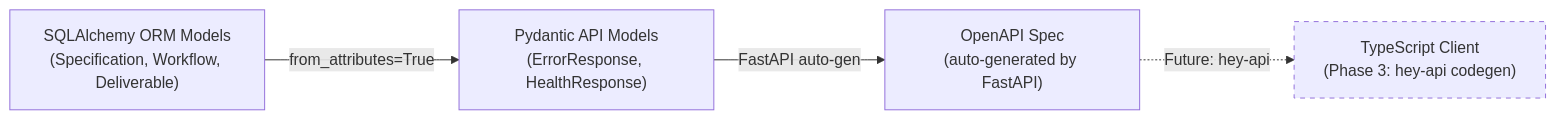
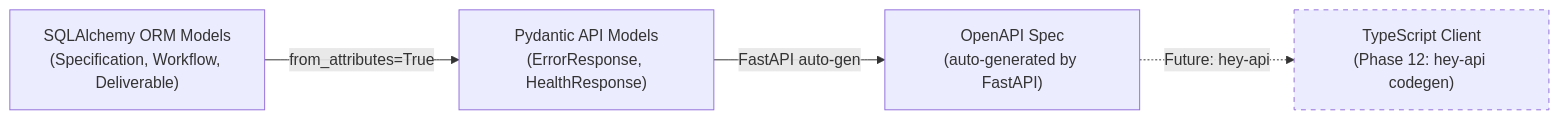
One commit to BechtelR/AutoBuilder changed the fifth of 8 diagrams in .dev/build-phase/phase-2/model.md. Above: the diagram before and after it, drawn with Mermaid. The commit also changed 24 other files, not shown here.

````diff
--- a/.dev/build-phase/phase-2/model.md
+++ b/.dev/build-phase/phase-2/model.md
@@ -412,13 +412,13 @@
 ```mermaid
 flowchart LR
     ORM["SQLAlchemy ORM Models\n(Specification, Workflow, Deliverable)"]
     Pydantic["Pydantic API Models\n(ErrorResponse, HealthResponse)"]
     OpenAPI["OpenAPI Spec\n(auto-generated by FastAPI)"]
-    TS["TypeScript Client\n(Phase 3: hey-api codegen)"]
+    TS["TypeScript Client\n(Phase 12: hey-api codegen)"]
 
     ORM -->|"from_attributes=True"| Pydantic
     Pydantic -->|"FastAPI auto-gen"| OpenAPI
     OpenAPI -.->|"Future: hey-api"| TS
 
     style TS stroke-dasharray: 5 5
 ```
````
